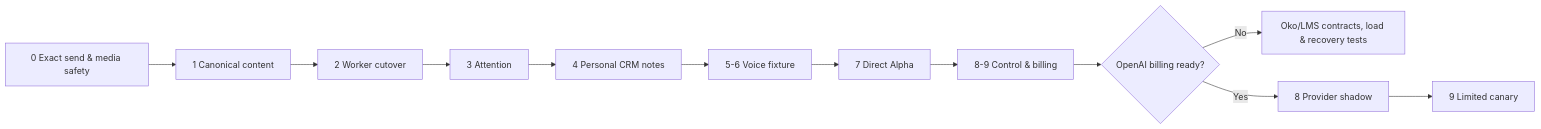
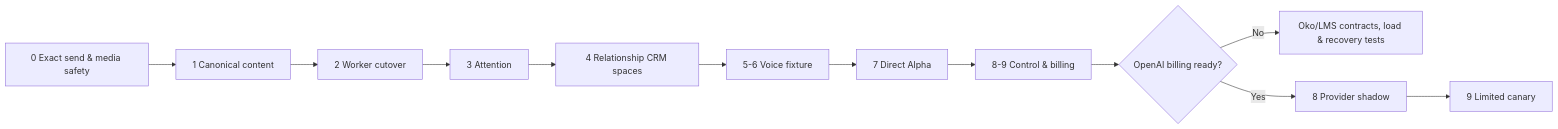
The diagram in docs/INTEGRATED_DELIVERY_ROADMAP_2026.md (markmalina/gate), drawn with Mermaid before and after one commit. The commit also changed other lines of this file, not shown here.

Commit message:
Refocus integrated roadmap on Relationship CRM

````diff
--- a/docs/INTEGRATED_DELIVERY_ROADMAP_2026.md
+++ b/docs/INTEGRATED_DELIVERY_ROADMAP_2026.md
@@ -31,14 +33,14 @@
 ```mermaid
 flowchart LR
     S0[0 Exact send & media safety] --> S1[1 Canonical content]
     S1 --> S2[2 Worker cutover]
     S2 --> S3[3 Attention]
-    S3 --> S4[4 Personal CRM notes]
+    S3 --> S4[4 Relationship CRM spaces]
     S4 --> S5[5-6 Voice fixture]
     S5 --> S6[7 Direct Alpha]
     S6 --> S7[8-9 Control & billing]
     S7 --> B{OpenAI billing ready?}
     B -- No --> D[Oko/LMS contracts, load & recovery tests]
     B -- Yes --> S8[8 Provider shadow]
     S8 --> S9[9 Limited canary]
 ```
````
